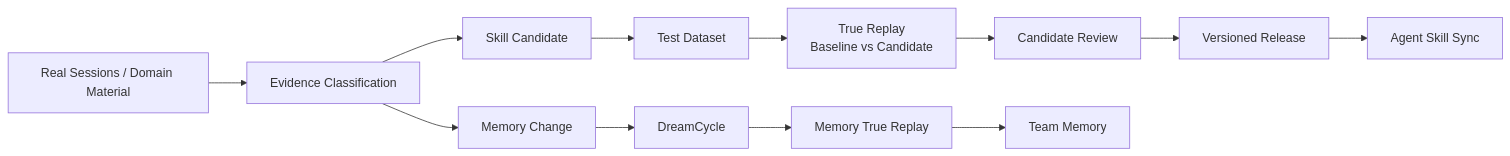
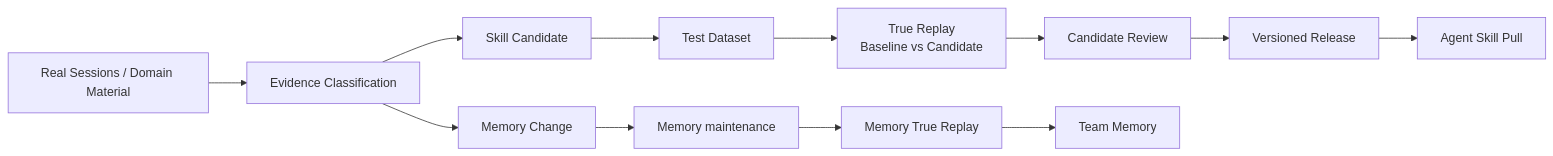
Before and after one commit to leoriczhang/teamEvolver: the first of 2 diagrams in README.en.md, drawn with Mermaid. The commit also changed other lines of this file and 607 other files, not shown here.

````diff
--- a/README.en.md
+++ b/README.en.md
@@ -33,14 +37,14 @@
 ```mermaid
 flowchart LR
     A["Real Sessions / Domain Material"] --> B["Evidence Classification"]
     B --> C["Skill Candidate"]
     B --> D["Memory Change"]
     C --> E["Test Dataset"]
     E --> F["True Replay<br/>Baseline vs Candidate"]
     F --> G["Candidate Review"]
     G --> H["Versioned Release"]
-    H --> I["Agent Skill Sync"]
-    D --> J["DreamCycle"]
+    H --> I["Agent Skill Pull"]
+    D --> J["Memory maintenance"]
     J --> K["Memory True Replay"]
     K --> L["Team Memory"]
 ```
````
